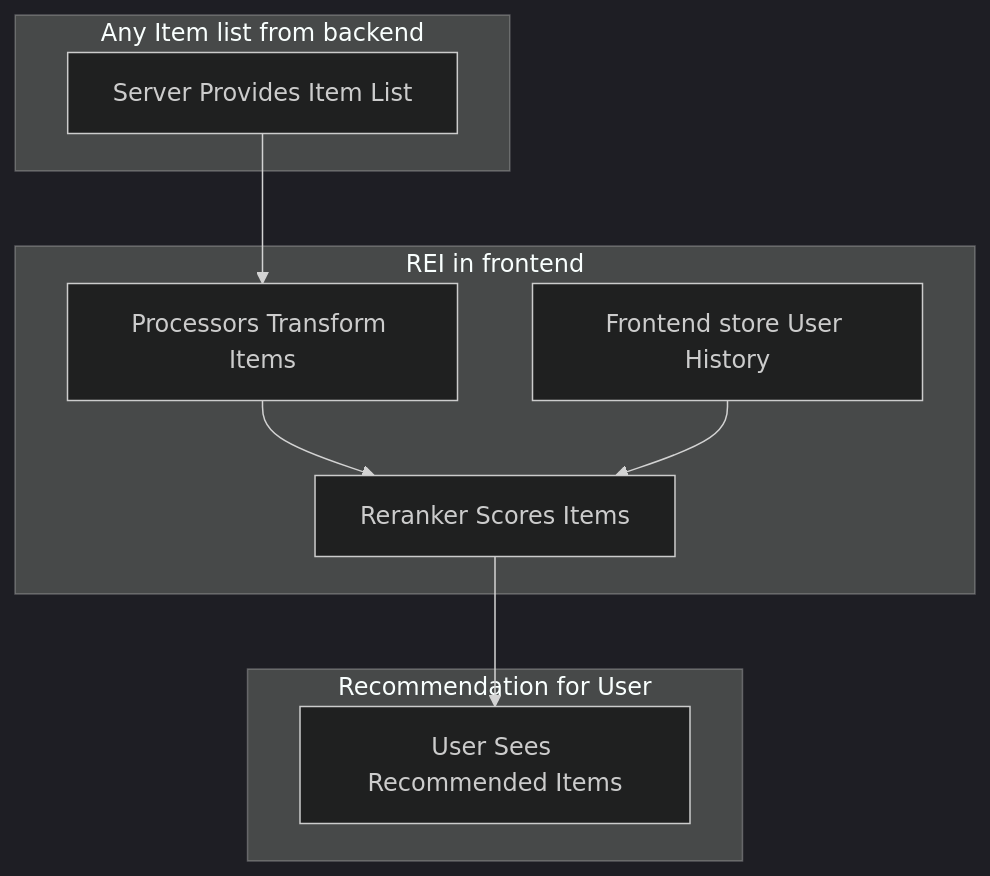
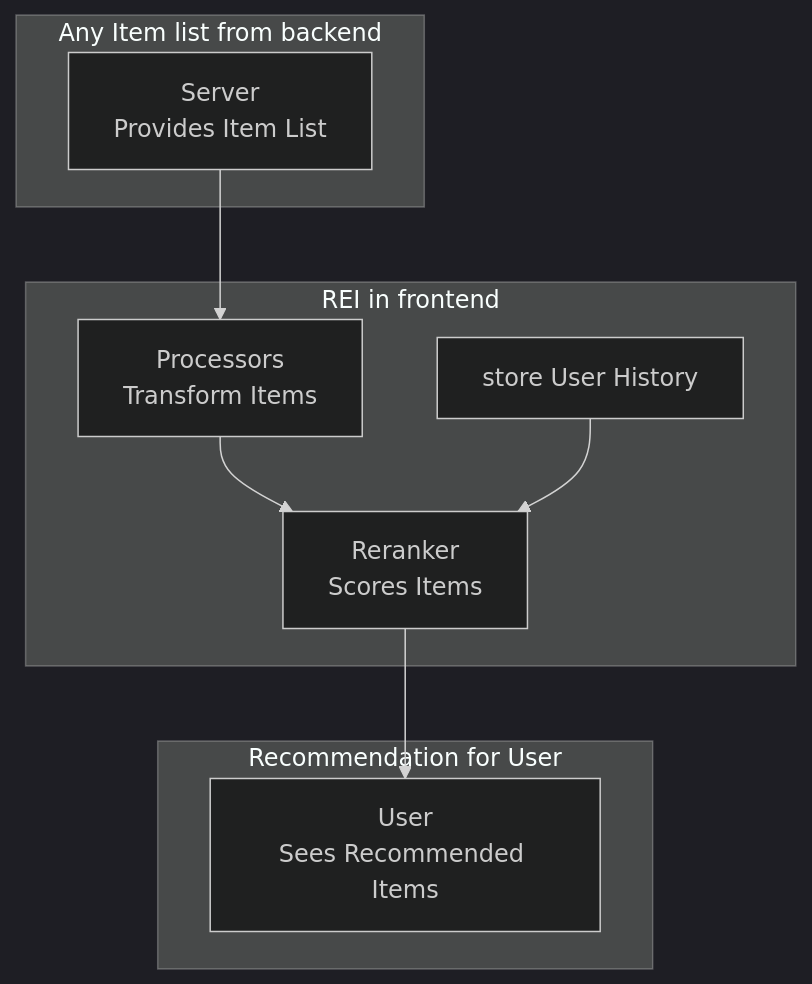
The first of 7 diagrams in README.md (avengerandy/REI), drawn with Mermaid (dark theme) before and after one commit. The commit also changed other lines of this file and 7 other files, not shown here.

````diff
--- a/README.md
+++ b/README.md
@@ -3,21 +3,21 @@
 ```mermaid
 flowchart TB
     subgraph Any Item list from backend
-        B1[Server Provides Item List]
+        B1[Server<br>Provides Item List]
     end
 
     subgraph REI in frontend
-        P1[Processors Transform Items]
-        P2[Frontend store User History]
-        R1[Reranker Scores Items]
+        P1[Processors<br>Transform Items]
+        P2[store User History]
+        R1[Reranker<br>Scores Items]
     end
 
     subgraph Recommendation for User
-        U1[User Sees Recommended Items]
+        U1[User<br>Sees Recommended Items]
     end
 
     B1 --> P1
     P1 --> R1
     P2 --> R1
     R1 --> U1
 ```
````
